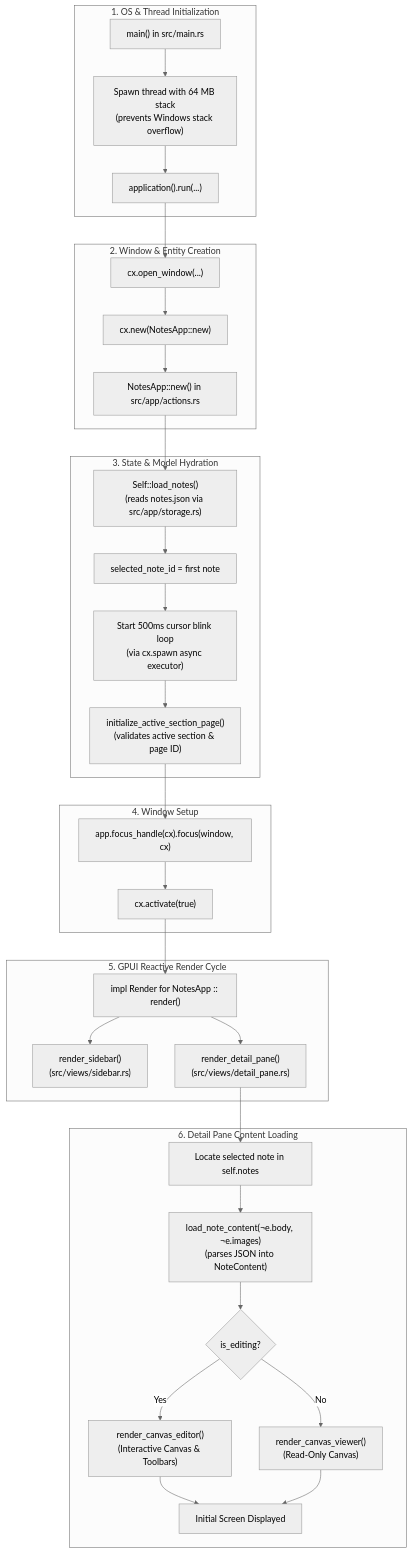
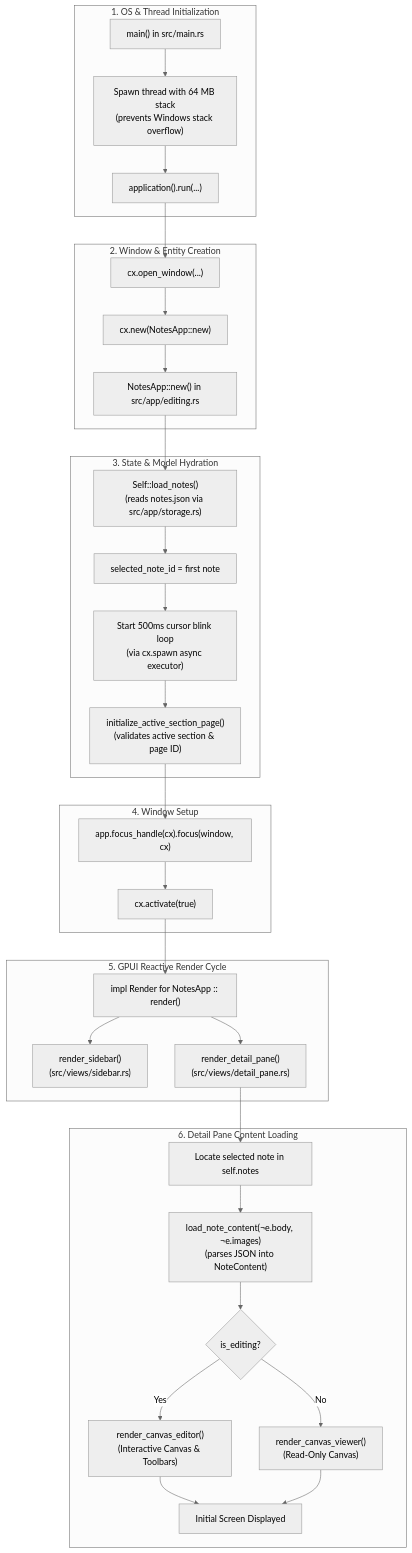
One commit to sumanta2/todo-app-gpui changed the diagram in NotesApp_Startup_Flow.md. Above: the diagram before and after it, drawn with Mermaid (neutral theme). The commit also changed other lines of this file and 30 other files, not shown here.

````diff
--- a/NotesApp_Startup_Flow.md
+++ b/NotesApp_Startup_Flow.md
@@ -71,41 +71,41 @@
 ```mermaid
 flowchart TD
     subgraph S1["1. OS & Thread Initialization"]
         A["main() in src/main.rs"] --> B["Spawn thread with 64 MB stack\n(prevents Windows stack overflow)"]
         B --> C["application().run(...)"]
     end
 
     subgraph S2["2. Window & Entity Creation"]
         C --> D["cx.open_window(...)"]
         D --> E["cx.new(NotesApp::new)"]
-        E --> F["NotesApp::new() in src/app/actions.rs"]
+        E --> F["NotesApp::new() in src/app/editing.rs"]
     end
 
     subgraph S3["3. State & Model Hydration"]
         F --> G["Self::load_notes()\n(reads notes.json via src/app/storage.rs)"]
         G --> H["selected_note_id = first note"]
         H --> I["Start 500ms cursor blink loop\n(via cx.spawn async executor)"]
         I --> J["initialize_active_section_page()\n(validates active section & page ID)"]
     end
 
     subgraph S4["4. Window Setup"]
         J --> K["app.focus_handle(cx).focus(window, cx)"]
         K --> L["cx.activate(true)"]
     end
 
     subgraph S5["5. GPUI Reactive Render Cycle"]
         L --> M["impl Render for NotesApp :: render()"]
         M --> N["render_sidebar()\n(src/views/sidebar.rs)"]
         M --> O["render_detail_pane()\n(src/views/detail_pane.rs)"]
     end
 
     subgraph S6["6. Detail Pane Content Loading"]
         O --> P["Locate selected note in self.notes"]
         P --> Q["load_note_content(&note.body, &note.images)\n(parses JSON into NoteContent)"]
         Q --> R{"is_editing?"}
         R -- Yes --> S["render_canvas_editor()\n(Interactive Canvas & Toolbars)"]
         R -- No --> T["render_canvas_viewer()\n(Read-Only Canvas)"]
         S --> U["Initial Screen Displayed"]
         T --> U
     end
 ```
````
